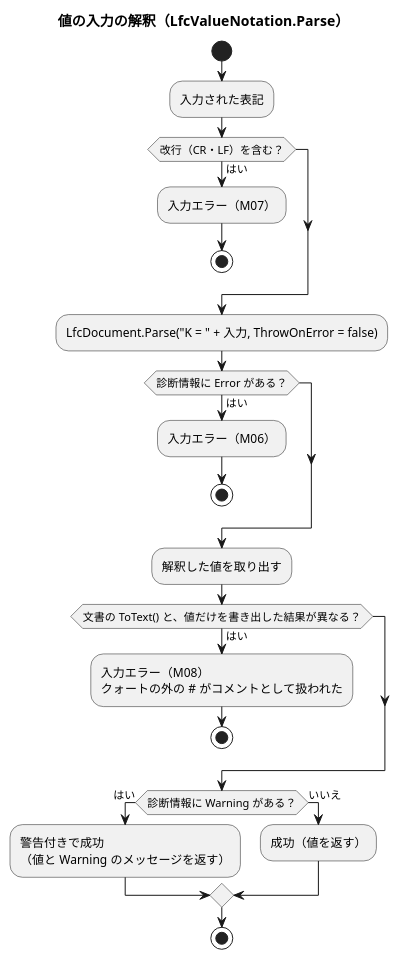
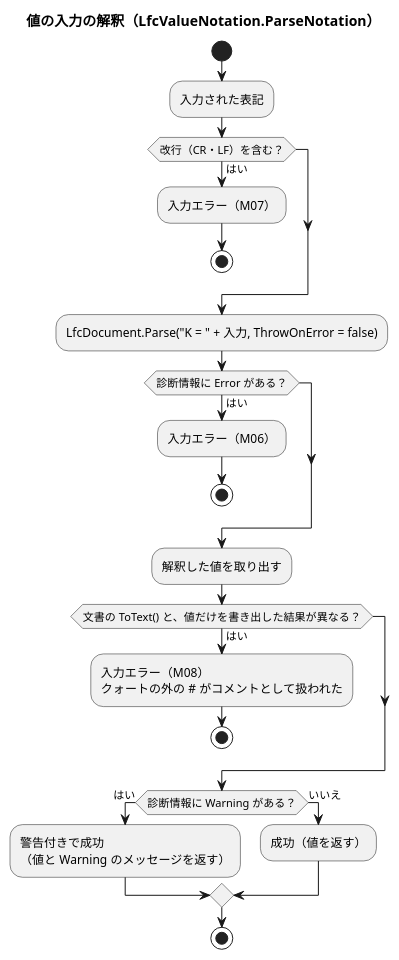
Before and after one commit to r-aoki-git/FileParseEditor: the diagram in diagrams/アクティビティ図（値の入力の解釈）.pu, drawn with PlantUML. The commit also changed 8 other files, not shown here.

First line of the commit message:
設計書・クラス図・シーケンス図・README を指摘への対応に合わせて更新

```diff
--- a/diagrams/アクティビティ図（値の入力の解釈）.pu
+++ b/diagrams/アクティビティ図（値の入力の解釈）.pu
@@ -1,27 +1,27 @@
 @startuml FileParseEditor_Activity_ParseValue
-title 値の入力の解釈（LfcValueNotation.Parse）
+title 値の入力の解釈（LfcValueNotation.ParseNotation）
 
 start
 :入力された表記;
 if (改行（CR・LF）を含む？) then (はい)
     :入力エラー（M07）;
     stop
 endif
 :LfcDocument.Parse("K = " + 入力, ThrowOnError = false);
 if (診断情報に Error がある？) then (はい)
     :入力エラー（M06）;
     stop
 endif
 :解釈した値を取り出す;
 if (文書の ToText() と、値だけを書き出した結果が異なる？) then (はい)
     :入力エラー（M08）\nクォートの外の # がコメントとして扱われた;
     stop
 endif
 if (診断情報に Warning がある？) then (はい)
     :警告付きで成功\n（値と Warning のメッセージを返す）;
 else (いいえ)
     :成功（値を返す）;
 endif
 stop
 
 @enduml
```
